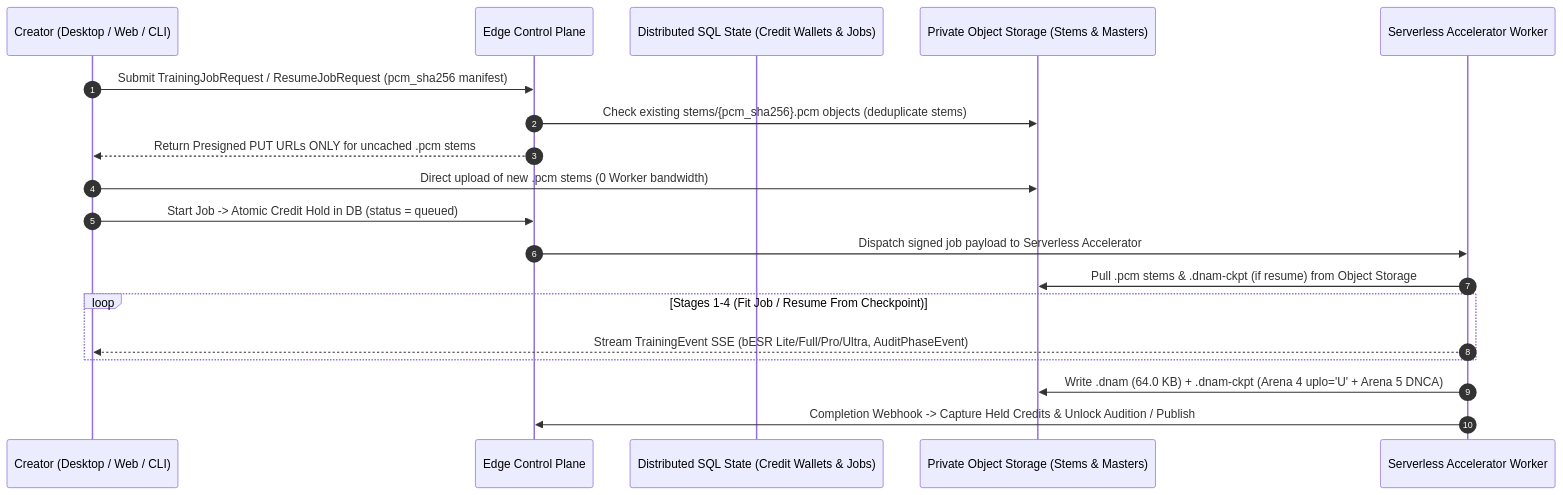
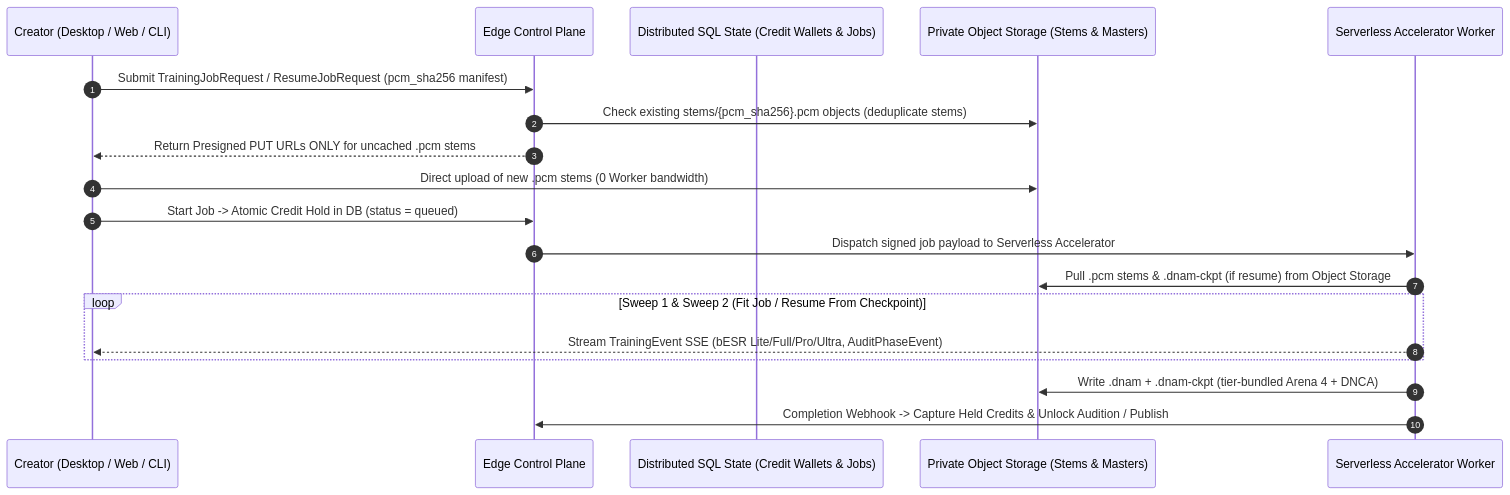
Before and after one commit to dnam-project/dnam: the second of 2 diagrams in docs/training/iterative_resume_and_caching.md, drawn with Mermaid. The commit also changed other lines of this file and 105 other files, not shown here.

````diff
--- a/docs/training/iterative_resume_and_caching.md
+++ b/docs/training/iterative_resume_and_caching.md
@@ -62,22 +71,22 @@
 ```mermaid
 sequenceDiagram
     autonumber
     participant Client as Creator (Desktop / Web / CLI)
     participant Worker as Edge Control Plane
     participant DB as Distributed SQL State (Credit Wallets & Jobs)
     participant ObjectStore as Private Object Storage (Stems & Masters)
     participant GPU as Serverless Accelerator Worker
 
     Client->>Worker: Submit TrainingJobRequest / ResumeJobRequest (pcm_sha256 manifest)
     Worker->>ObjectStore: Check existing stems/{pcm_sha256}.pcm objects (deduplicate stems)
     Worker-->>Client: Return Presigned PUT URLs ONLY for uncached .pcm stems
     Client->>ObjectStore: Direct upload of new .pcm stems (0 Worker bandwidth)
     Client->>Worker: Start Job -> Atomic Credit Hold in DB (status = queued)
     Worker->>GPU: Dispatch signed job payload to Serverless Accelerator
     GPU->>ObjectStore: Pull .pcm stems & .dnam-ckpt (if resume) from Object Storage
-    loop Stages 1-4 (Fit Job / Resume From Checkpoint)
+    loop Sweep 1 & Sweep 2 (Fit Job / Resume From Checkpoint)
         GPU-->>Client: Stream TrainingEvent SSE (bESR Lite/Full/Pro/Ultra, AuditPhaseEvent)
     end
-    GPU->>ObjectStore: Write .dnam (64.0 KB) + .dnam-ckpt (Arena 4 uplo='U' + Arena 5 DNCA)
+    GPU->>ObjectStore: Write .dnam + .dnam-ckpt (tier-bundled Arena 4 + DNCA)
     GPU->>Worker: Completion Webhook -> Capture Held Credits & Unlock Audition / Publish
 ```
````
